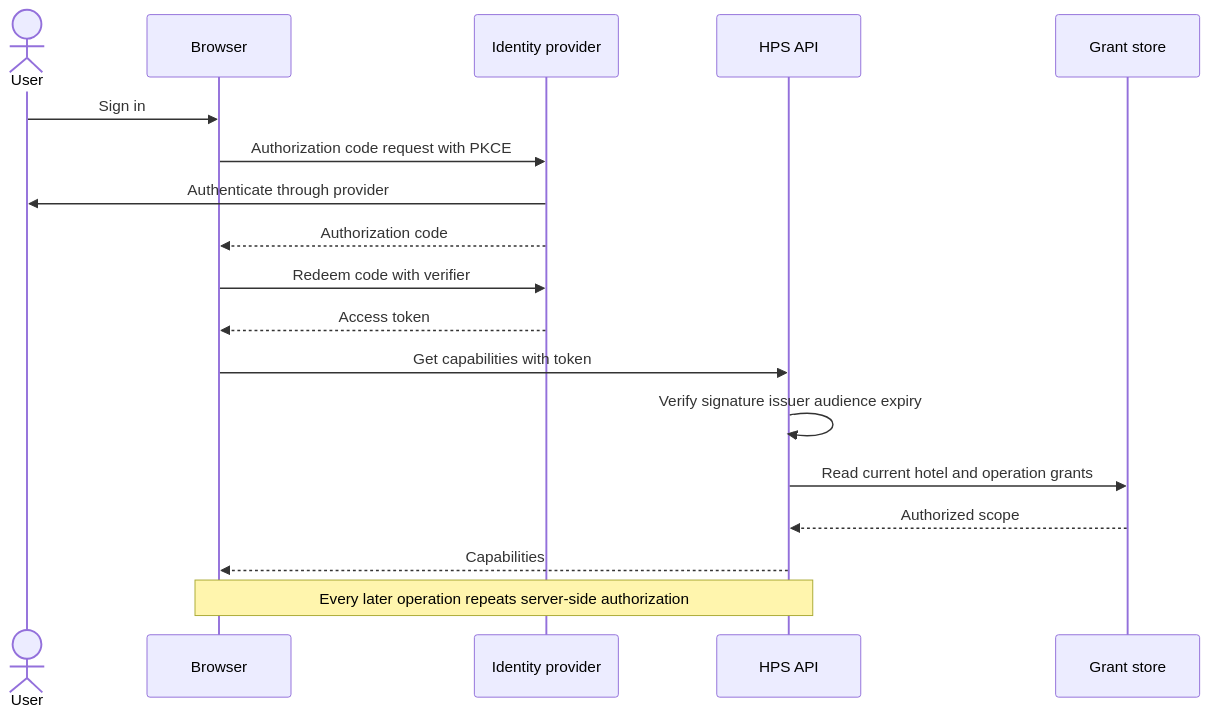
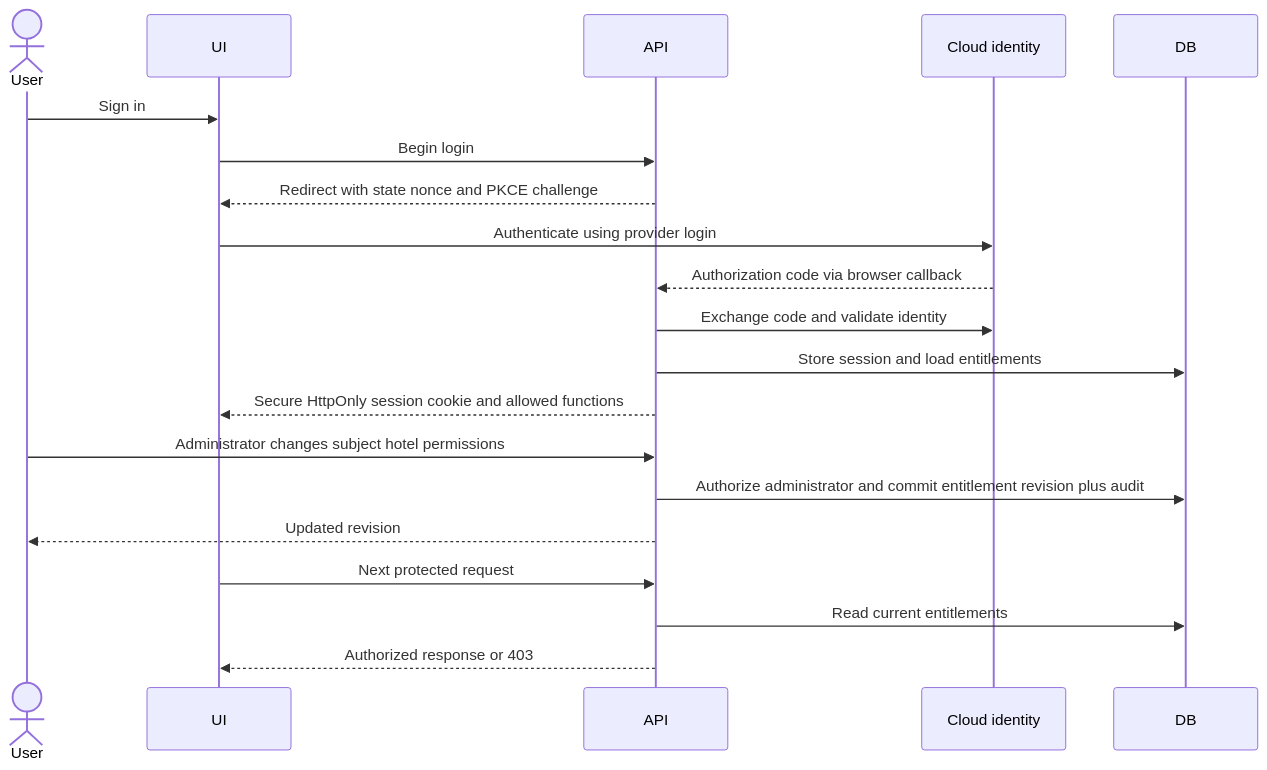
Before and after one commit to yoona96/ADD_Codex: the seventh of 13 diagrams in HPS/design/architecture.md, drawn with Mermaid. The commit also changed other lines of this file and 13 other files, not shown here.

````diff
--- a/HPS/design/architecture.md
+++ b/HPS/design/architecture.md
@@ -293,20 +239,22 @@
 ```mermaid
 sequenceDiagram
     actor User
-    participant UI as Browser
-    participant IDP as Identity provider
-    participant API as HPS API
-    participant DB as Grant store
+    participant UI
+    participant API
+    participant IdP as Cloud identity
+    participant DB
     User->>UI: Sign in
-    UI->>IDP: Authorization code request with PKCE
-    IDP->>User: Authenticate through provider
-    IDP-->>UI: Authorization code
-    UI->>IDP: Redeem code with verifier
-    IDP-->>UI: Access token
-    UI->>API: Get capabilities with token
-    API->>API: Verify signature issuer audience expiry
-    API->>DB: Read current hotel and operation grants
-    DB-->>API: Authorized scope
-    API-->>UI: Capabilities
-    Note over UI,API: Every later operation repeats server-side authorization
+    UI->>API: Begin login
+    API-->>UI: Redirect with state nonce and PKCE challenge
+    UI->>IdP: Authenticate using provider login
+    IdP-->>API: Authorization code via browser callback
+    API->>IdP: Exchange code and validate identity
+    API->>DB: Store session and load entitlements
+    API-->>UI: Secure HttpOnly session cookie and allowed functions
+    User->>API: Administrator changes subject hotel permissions
+    API->>DB: Authorize administrator and commit entitlement revision plus audit
+    API-->>User: Updated revision
+    UI->>API: Next protected request
+    API->>DB: Read current entitlements
+    API-->>UI: Authorized response or 403
 ```
````
